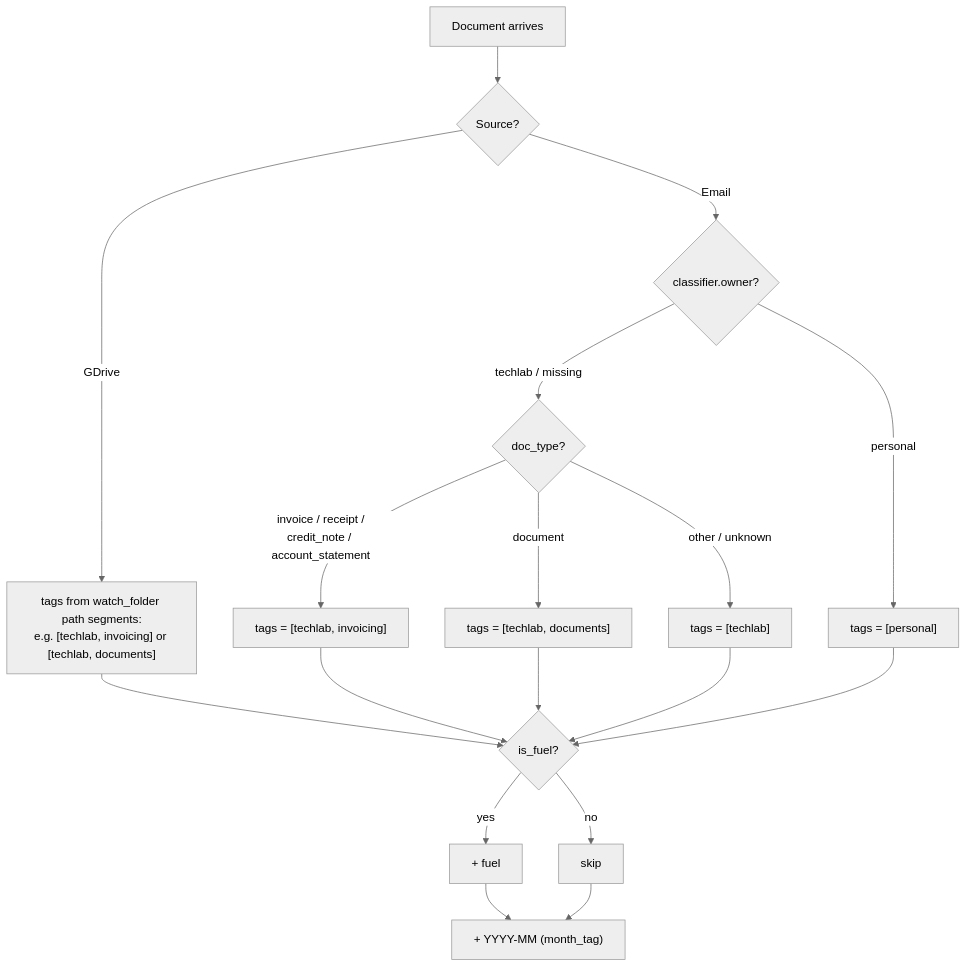
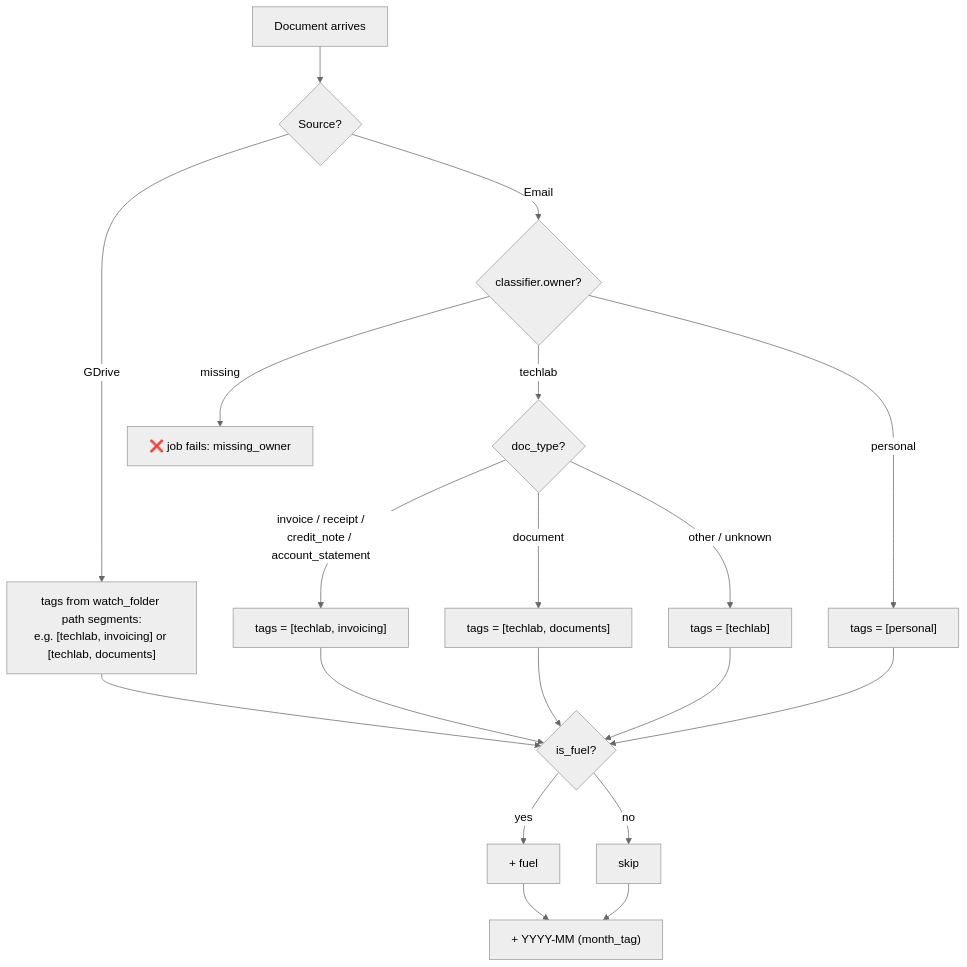
The third of 5 diagrams in docs/uc1-invoice-processing.md (mcsdodo/personal-assistant), drawn with Mermaid (neutral theme) before and after one commit. The commit also changed other lines of this file and 2 other files, not shown here.

Commit message:
docs: update threshold, owner behavior, and tag flowchart
- CLAUDE.md: fuzzy threshold 0.92 → 0.85, add missing_owner note
- CHANGELOG.md: update fuzzy match entry with new threshold
- uc1-invoice-processing.md: replace "falls back to techlab" with
  "fails with missing_owner", fix tag derivation flowchart

````diff
--- a/docs/uc1-invoice-processing.md
+++ b/docs/uc1-invoice-processing.md
@@ -214,25 +214,26 @@
 ```mermaid
 flowchart TD
     A[Document arrives] --> B{Source?}
 
     B -->|GDrive| C["tags from watch_folder path segments:<br/>e.g. [techlab, invoicing] or [techlab, documents]"]
 
     B -->|Email| D{"classifier.owner?"}
-    D -->|techlab / missing| F{doc_type?}
+    D -->|missing| X["❌ job fails: missing_owner"]
+    D -->|techlab| F{doc_type?}
     D -->|personal| E["tags = [personal]"]
 
     F -->|invoice / receipt /<br/>credit_note / account_statement| G["tags = [techlab, invoicing]"]
     F -->|document| H["tags = [techlab, documents]"]
     F -->|other / unknown| I["tags = [techlab]"]
 
     C --> J{is_fuel?}
     G --> J
     H --> J
     I --> J
     E --> J
 
     J -->|yes| K["+ fuel"]
     J -->|no| L[skip]
     K --> M["+ YYYY-MM (month_tag)"]
     L --> M
 ```
````
